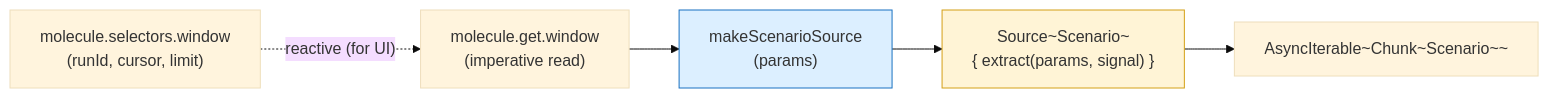
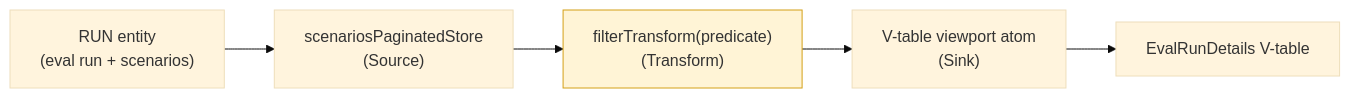
One commit to Agenta-AI/agenta changed the first of 3 diagrams in docs/designs/eval-etl-engine.md. Above: the diagram before and after it, drawn with Mermaid (base theme). The commit also changed other lines of this file and 3 other files, not shown here.

First line of the commit message:
docs(designs): split etl engine into general + eval consumer, add filter schema design

````diff
--- a/docs/designs/eval-etl-engine.md
+++ b/docs/designs/eval-etl-engine.md
@@ -429,16 +29,15 @@
 ```mermaid
 flowchart LR
-    Sel["molecule.selectors.window<br/>(runId, cursor, limit)"]
-    Get["molecule.get.window<br/>(imperative read)"]
-    Factory["makeScenarioSource<br/>(params)"]
-    Src["Source~Scenario~<br/>{ extract(params, signal) }"]
-    Iter["AsyncIterable~Chunk~Scenario~~"]
+    Run["RUN entity<br/>(eval run + scenarios)"]
+    Store["scenariosPaginatedStore<br/>(Source)"]
+    Filter["filterTransform(predicate)<br/>(Transform)"]
+    Viewport["V-table viewport atom<br/>(Sink)"]
+    VT["EvalRunDetails V-table"]
 
-    Sel -. "reactive (for UI)" .-> Get
-    Get --> Factory
-    Factory --> Src
-    Src --> Iter
+    Run --> Store
+    Store --> Filter
+    Filter --> Viewport
+    Viewport --> VT
 
-    style Factory fill:#dcefff,stroke:#1971c2
-    style Src fill:#fff4d6,stroke:#d4a017
+    style Filter fill:#fff4d6,stroke:#d4a017
 ```
````
